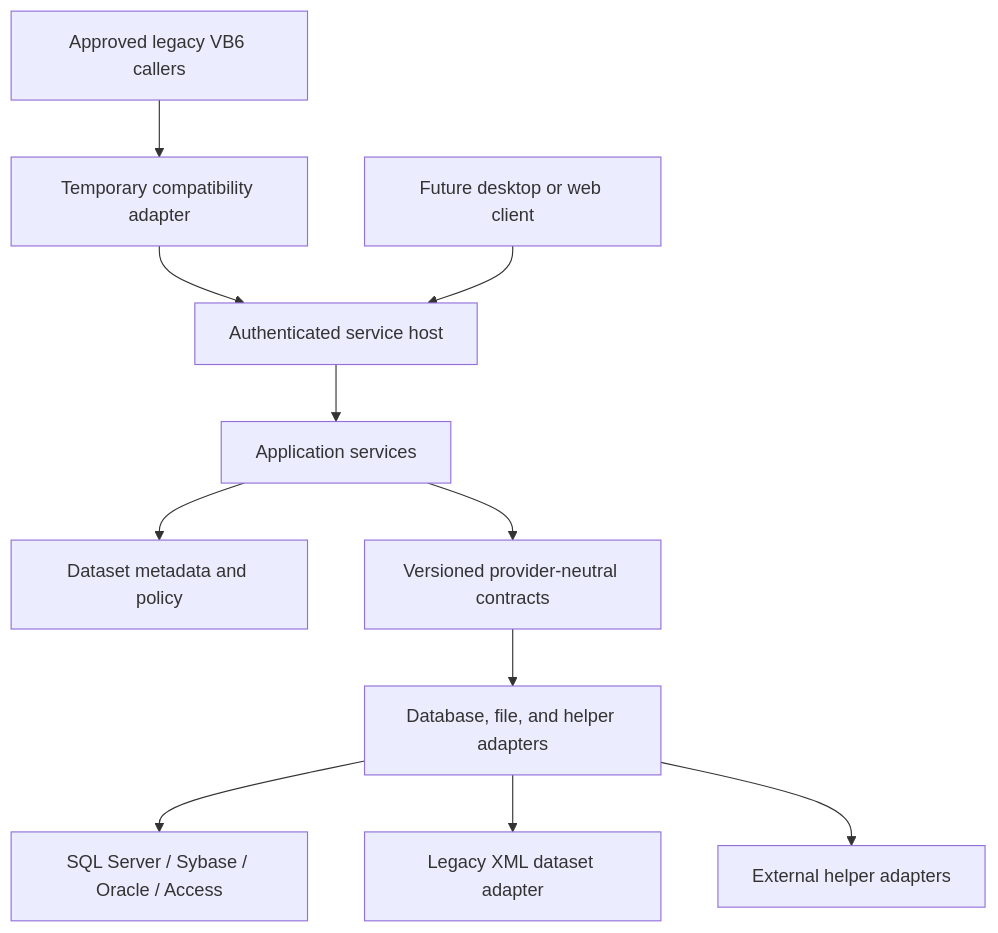
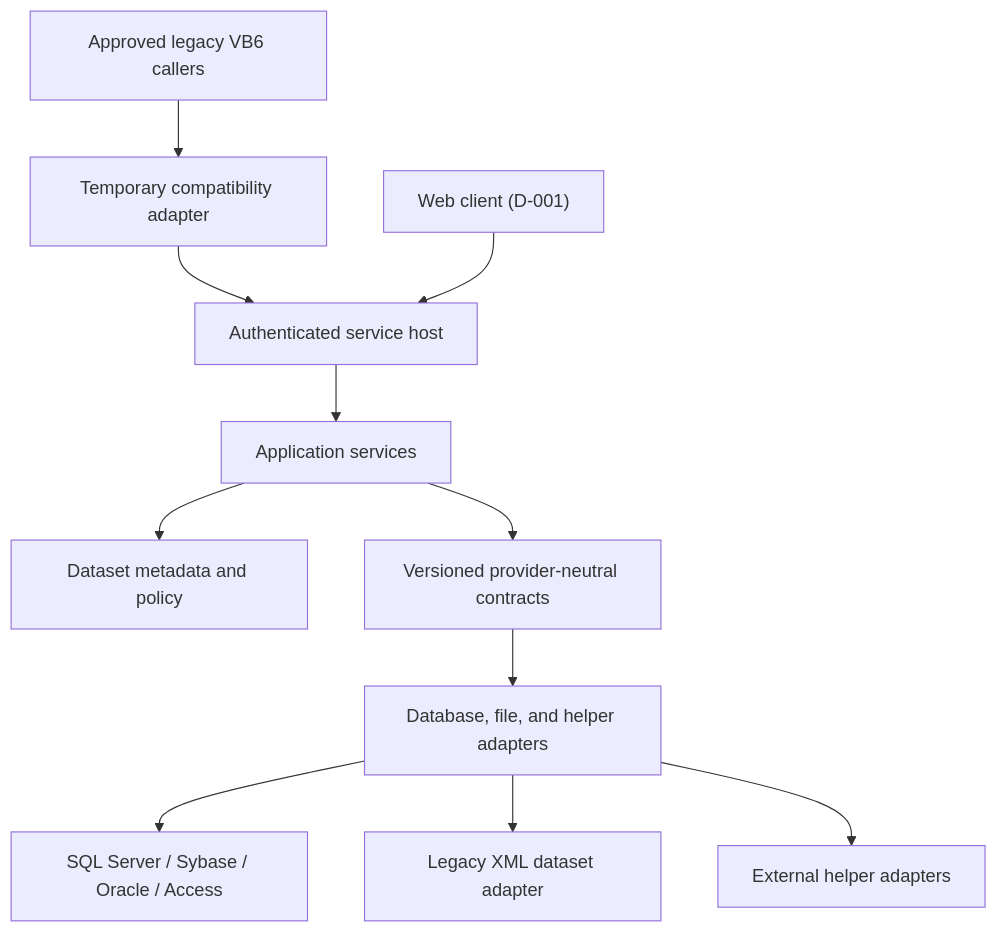
One commit to mraysmit/annper changed the second of 3 diagrams in docs/MIGRATION_MASTER.md. Above: the diagram before and after it, drawn with Mermaid. The commit also changed other lines of this file and 7 other files, not shown here.

````diff
--- a/docs/MIGRATION_MASTER.md
+++ b/docs/MIGRATION_MASTER.md
@@ -325,25 +340,25 @@
 ```mermaid
 flowchart TB
     Legacy["Approved legacy VB6 callers"]
-    ModernClient["Future desktop or web client"]
+    ModernClient["Web client (D-001)"]
     Compat["Temporary compatibility adapter"]
     Host["Authenticated service host"]
     App["Application services"]
     Model["Dataset metadata and policy"]
     Contracts["Versioned provider-neutral contracts"]
     Providers["Database, file, and helper adapters"]
     DB["SQL Server / Sybase / Oracle / Access"]
     XML["Legacy XML dataset adapter"]
     Ext["External helper adapters"]
 
     Legacy --> Compat
     Compat --> Host
     ModernClient --> Host
     Host --> App
     App --> Model
     App --> Contracts
     Contracts --> Providers
     Providers --> DB
     Providers --> XML
     Providers --> Ext
 ```
````
